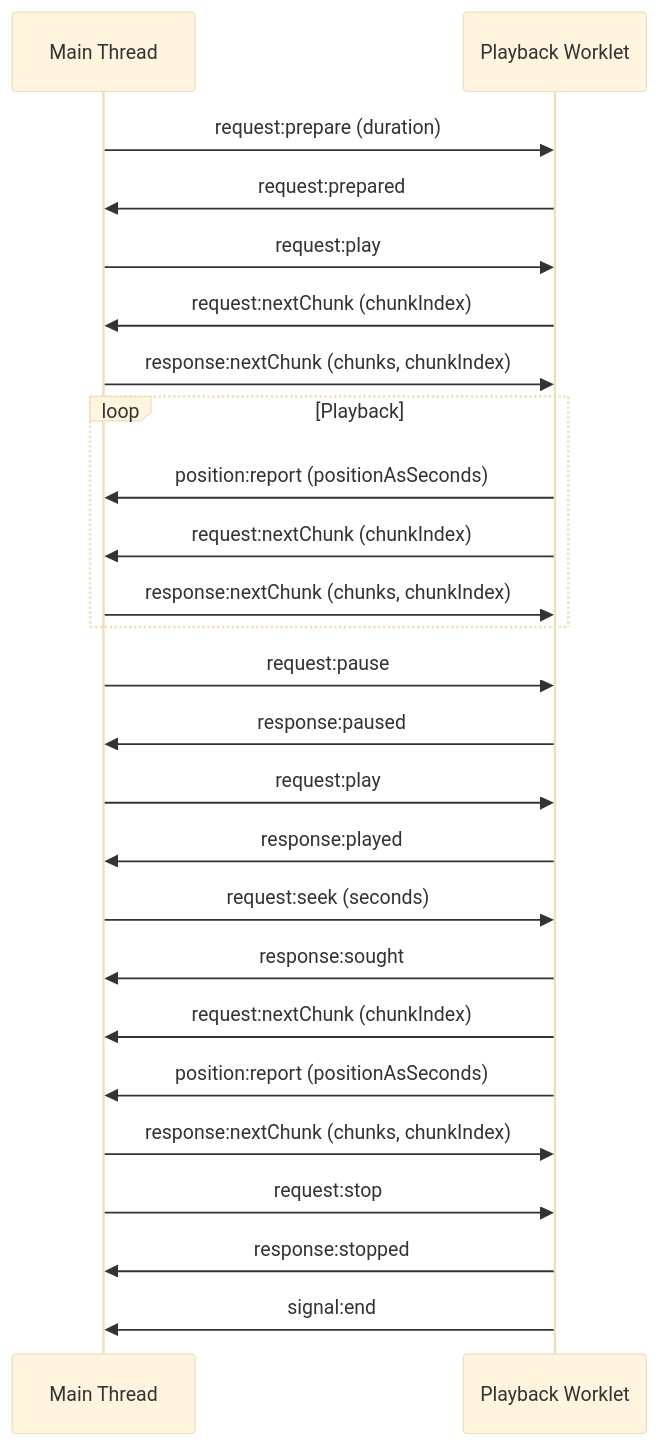
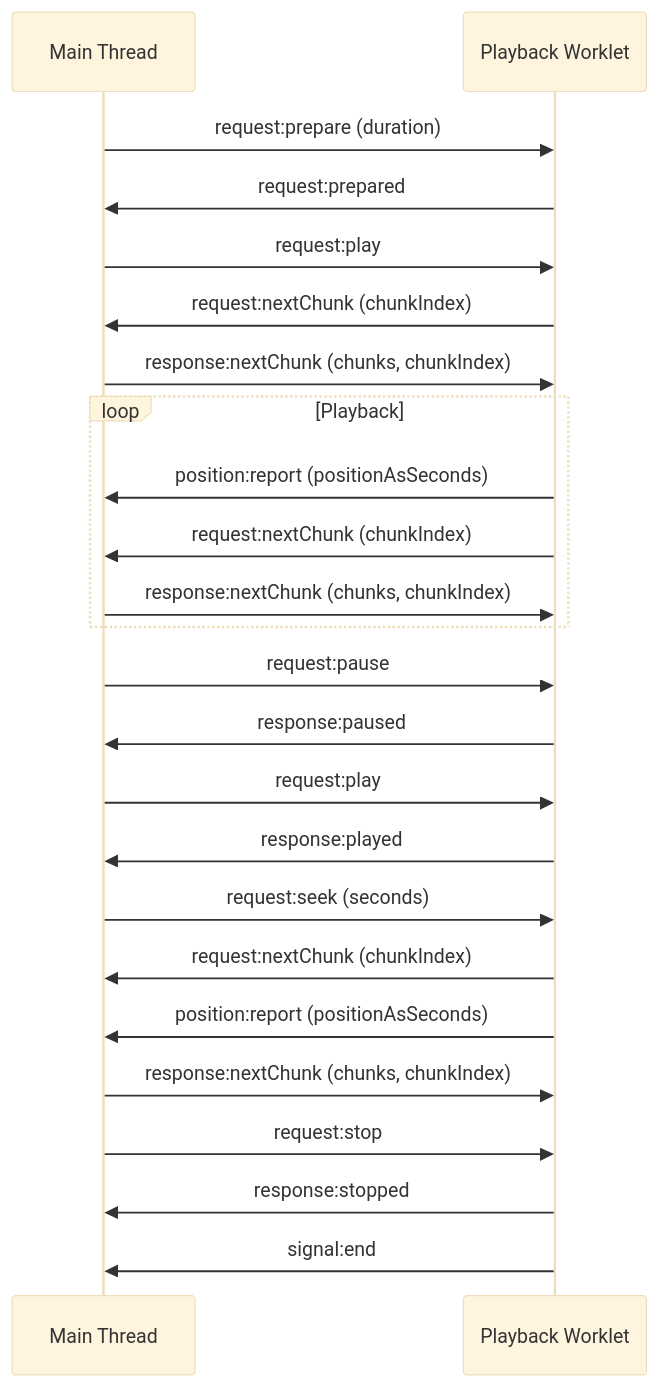
The first of 2 diagrams in readme.md (Khongchai/native-to-webview-audio), drawn with Mermaid (base theme) before and after one commit. The commit also changed other lines of this file and 6 other files, not shown here.

````diff
--- a/readme.md
+++ b/readme.md
@@ -7,28 +17,27 @@
 ```mermaid
  sequenceDiagram
      participant MT as Main Thread
      participant PW as Playback Worklet
 
      MT->>PW: request:prepare (duration)
      PW->>MT: request:prepared 
      MT->>PW: request:play
      PW->>MT: request:nextChunk (chunkIndex)
      MT->>PW: response:nextChunk (chunks, chunkIndex)
      loop Playback
          PW->>MT: position:report (positionAsSeconds)
          PW->>MT: request:nextChunk (chunkIndex)
          MT->>PW: response:nextChunk (chunks, chunkIndex)
      end
      MT->>PW: request:pause
      PW->>MT: response:paused
      MT->>PW: request:play
      PW->>MT: response:played
      MT->>PW: request:seek (seconds)
-     PW->>MT: response:sought
      PW->>MT: request:nextChunk (chunkIndex)
      PW->>MT: position:report (positionAsSeconds)
      MT->>PW: response:nextChunk (chunks, chunkIndex)
      MT->>PW: request:stop
      PW->>MT: response:stopped
      PW->>MT: signal:end
 ```
````
